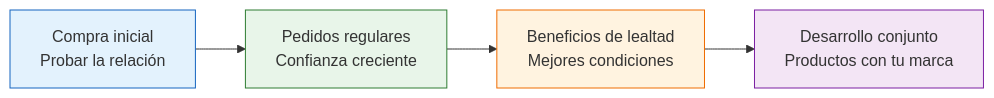
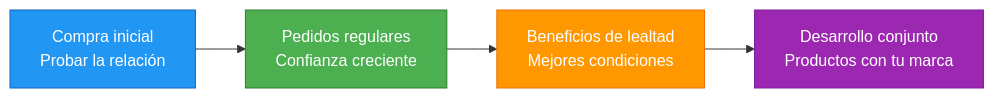
The diagram in app/paso1-argentina/evaluar-negociar/relacion-largo-plazo.mdx (barrosignacioezequiel-coder/docs), drawn with Mermaid before and after one commit. The commit also changed 66 other files, not shown here.

First line of the commit message:
fix: resolve Mermaid v11 numbered list errors + improve contrast

````diff
--- a/app/paso1-argentina/evaluar-negociar/relacion-largo-plazo.mdx
+++ b/app/paso1-argentina/evaluar-negociar/relacion-largo-plazo.mdx
@@ -50,11 +50,11 @@
 ```mermaid
 graph LR
     A["Compra inicial<br/>Probar la relación"] --> B["Pedidos regulares<br/>Confianza creciente"]
     B --> C["Beneficios de lealtad<br/>Mejores condiciones"]
     C --> D["Desarrollo conjunto<br/>Productos con tu marca"]
 
-    style A fill:#e3f2fd,stroke:#1565c0
-    style B fill:#e8f5e9,stroke:#2e7d32
-    style C fill:#fff3e0,stroke:#ef6c00
-    style D fill:#f3e5f5,stroke:#7b1fa2
+    style A fill:#2196f3,stroke:#1565c0,color:#fff
+    style B fill:#4caf50,stroke:#2e7d32,color:#fff
+    style C fill:#ff9800,stroke:#ef6c00,color:#fff
+    style D fill:#9c27b0,stroke:#7b1fa2,color:#fff
 ```
````
